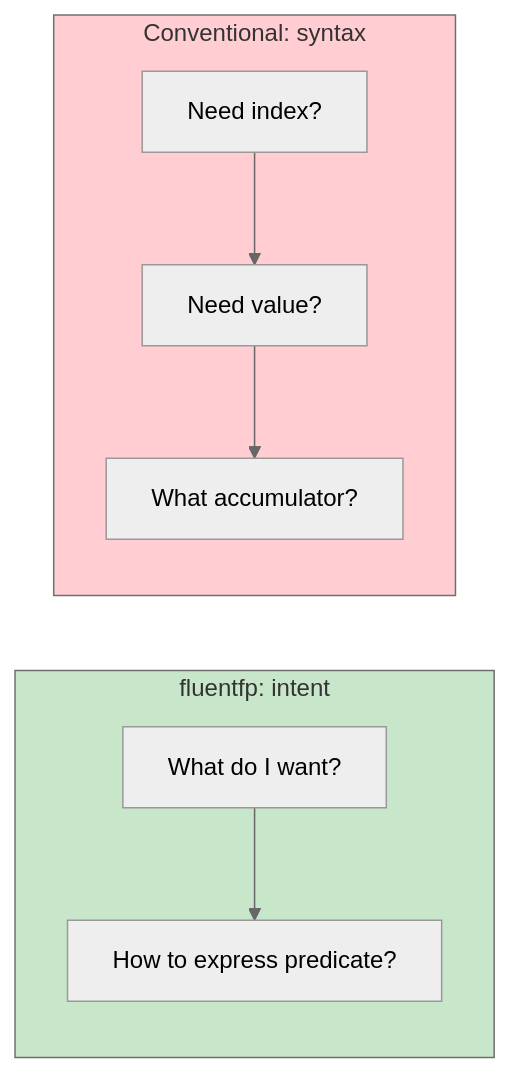
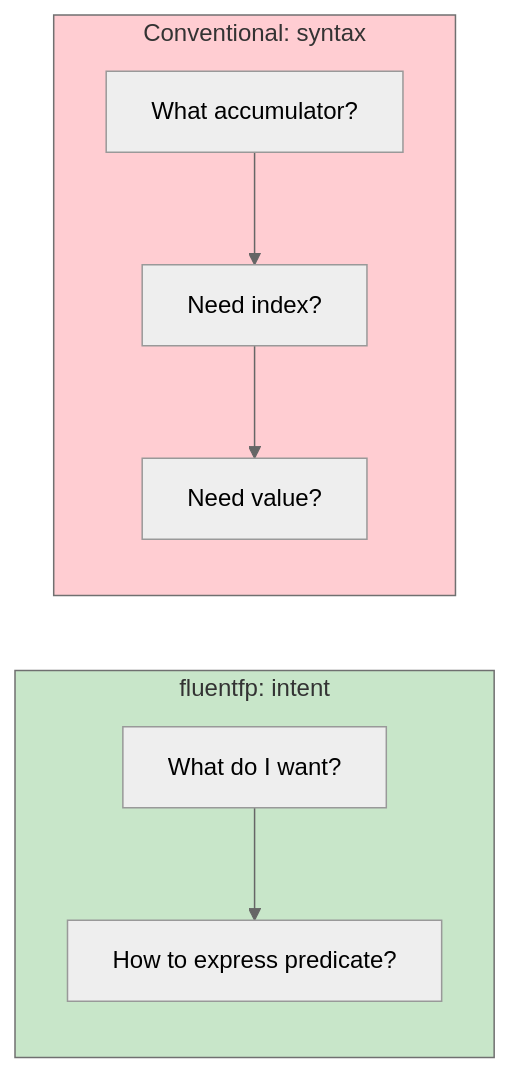
Before and after one commit to binaryphile/fluentfp: the third of 4 diagrams in analysis.md, drawn with Mermaid (neutral theme). The commit also changed other lines of this file, not shown here.

````diff
--- a/analysis.md
+++ b/analysis.md
@@ -68,14 +68,14 @@
 ```mermaid
 flowchart LR
     subgraph fluentfp["fluentfp: intent"]
         F1["What do I want?"] --> F2["How to express predicate?"]
     end
 
     subgraph Conventional["Conventional: syntax"]
-        C1["Need index?"] --> C2["Need value?"]
-        C2 --> C3["What accumulator?"]
+        C1["What accumulator?"] --> C2["Need index?"]
+        C2 --> C3["Need value?"]
     end
 
     style fluentfp fill:#c8e6c9
     style Conventional fill:#ffcdd2
 ```
````
